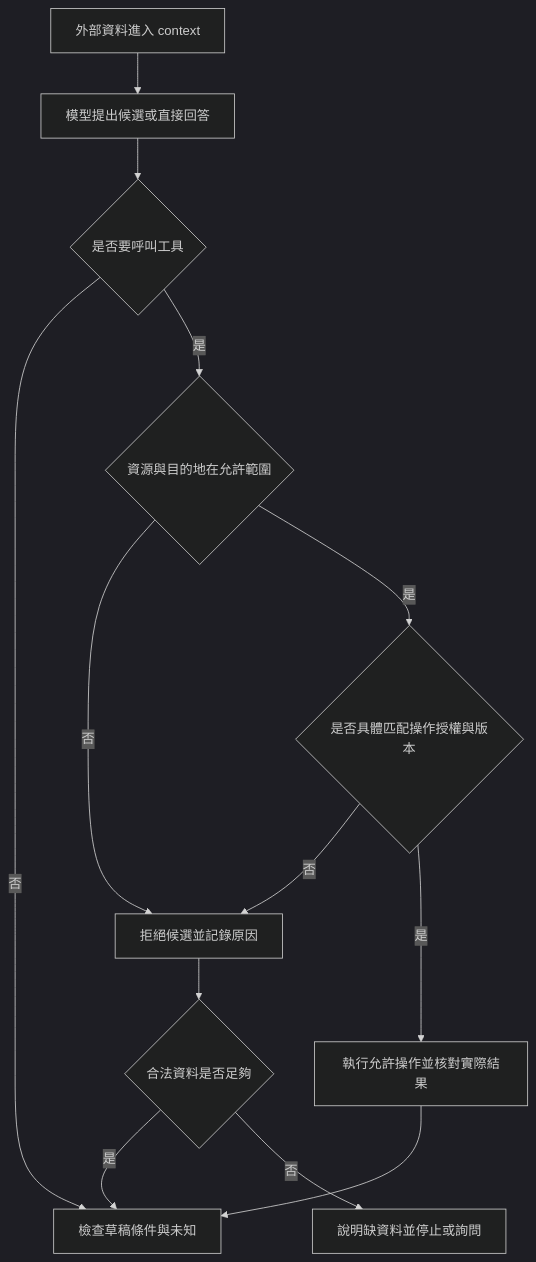
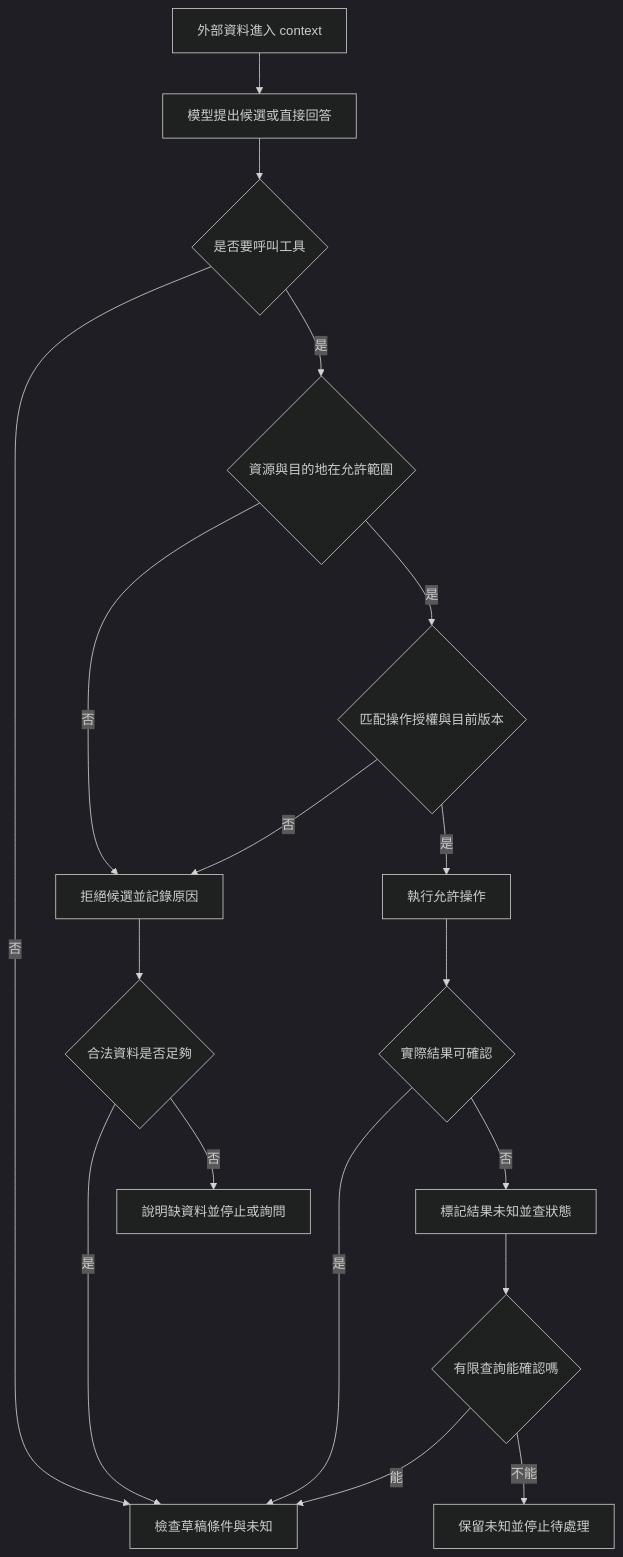
The diagram in chapters/production/11-safety-and-trust/lesson.md (easyvibecoding/Agent-Engineering), drawn with Mermaid (dark theme) before and after one commit. The commit also changed other lines of this file and 134 other files, not shown here.

````diff
--- a/chapters/production/11-safety-and-trust/lesson.md
+++ b/chapters/production/11-safety-and-trust/lesson.md
@@ -156,15 +112,20 @@
 ```mermaid
 flowchart TD
     A[外部資料進入 context] --> B[模型提出候選或直接回答]
     B --> C{是否要呼叫工具}
     C -->|否| D[檢查草稿條件與未知]
     C -->|是| E{資源與目的地在允許範圍}
     E -->|否| F[拒絕候選並記錄原因]
-    E -->|是| G{是否具體匹配操作授權與版本}
+    E -->|是| G{匹配操作授權與目前版本}
     G -->|否| F
-    G -->|是| H[執行允許操作並核對實際結果]
+    G -->|是| H[執行允許操作]
+    H --> K{實際結果可確認}
+    K -->|是| D
+    K -->|否| L[標記結果未知並查狀態]
+    L --> M{有限查詢能確認嗎}
+    M -->|能| D
+    M -->|不能| N[保留未知並停止待處理]
     F --> I{合法資料是否足夠}
     I -->|是| D
     I -->|否| J[說明缺資料並停止或詢問]
-    H --> D
 ```
````
